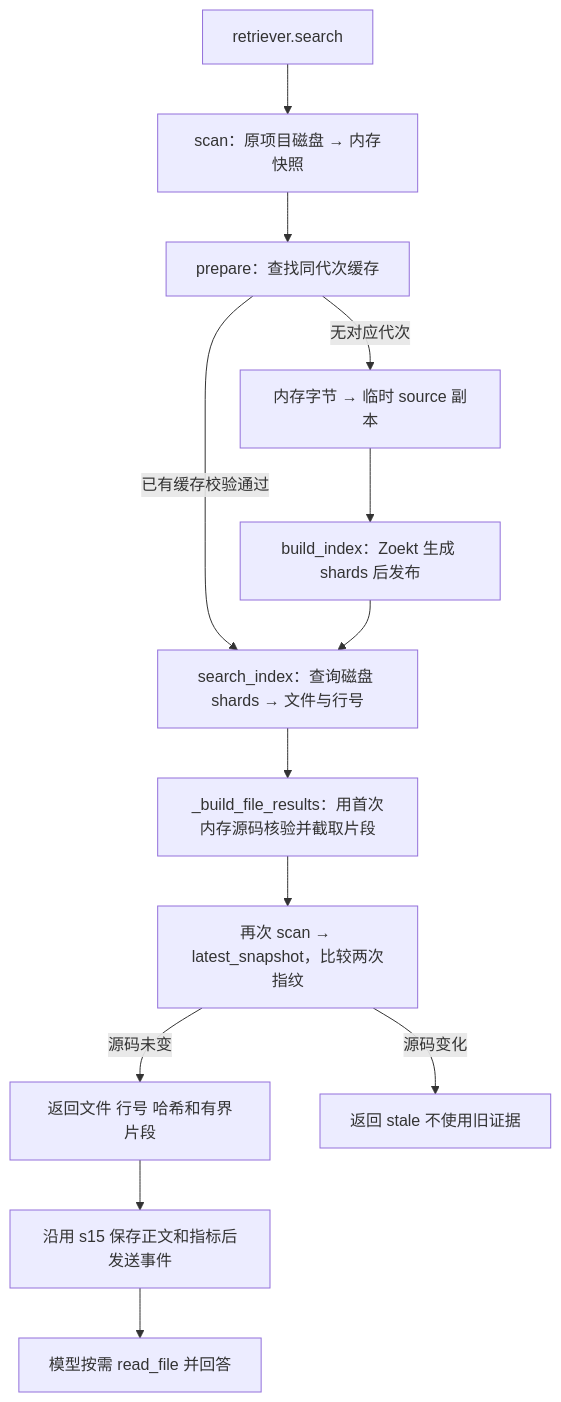
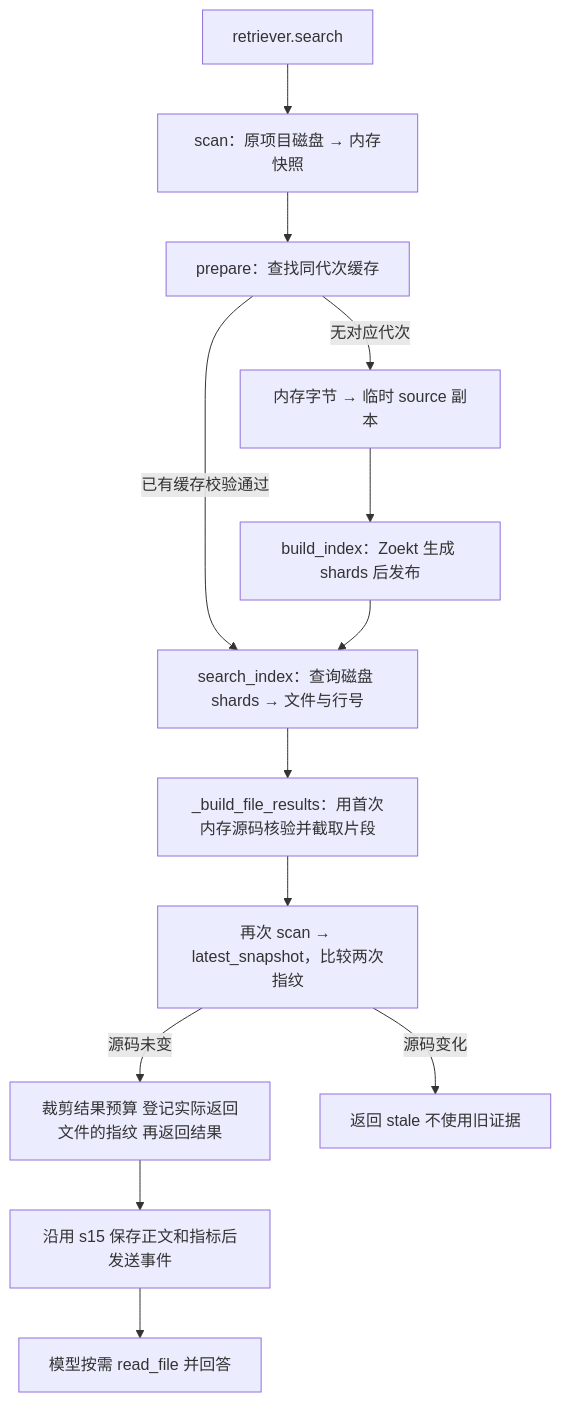
The first of 2 diagrams in s16_repository_search/README.md (liuying151203-create/pi-code-agent), drawn with Mermaid before and after one commit. The commit also changed other lines of this file and 5 other files, not shown here.

````diff
--- a/s16_repository_search/README.md
+++ b/s16_repository_search/README.md
@@ -94,15 +95,15 @@
 ```mermaid
 flowchart TD
     Q[retriever.search] --> S[scan：原项目磁盘 → 内存快照]
     S --> I[prepare：查找同代次缓存]
     I -->|已有缓存校验通过| Z[search_index：查询磁盘 shards → 文件与行号]
     I -->|无对应代次| W[内存字节 → 临时 source 副本]
     W --> C[build_index：Zoekt 生成 shards 后发布]
     C --> Z
     Z --> B[_build_file_results：用首次内存源码核验并截取片段]
     B --> V[再次 scan → latest_snapshot，比较两次指纹]
-    V -->|源码未变| R[返回文件 行号 哈希和有界片段]
+    V -->|源码未变| R[裁剪结果预算 登记实际返回文件的指纹 再返回结果]
     V -->|源码变化| F[返回 stale 不使用旧证据]
     R --> P[沿用 s15 保存正文和指标后发送事件]
     P --> M[模型按需 read_file 并回答]
 ```
````
